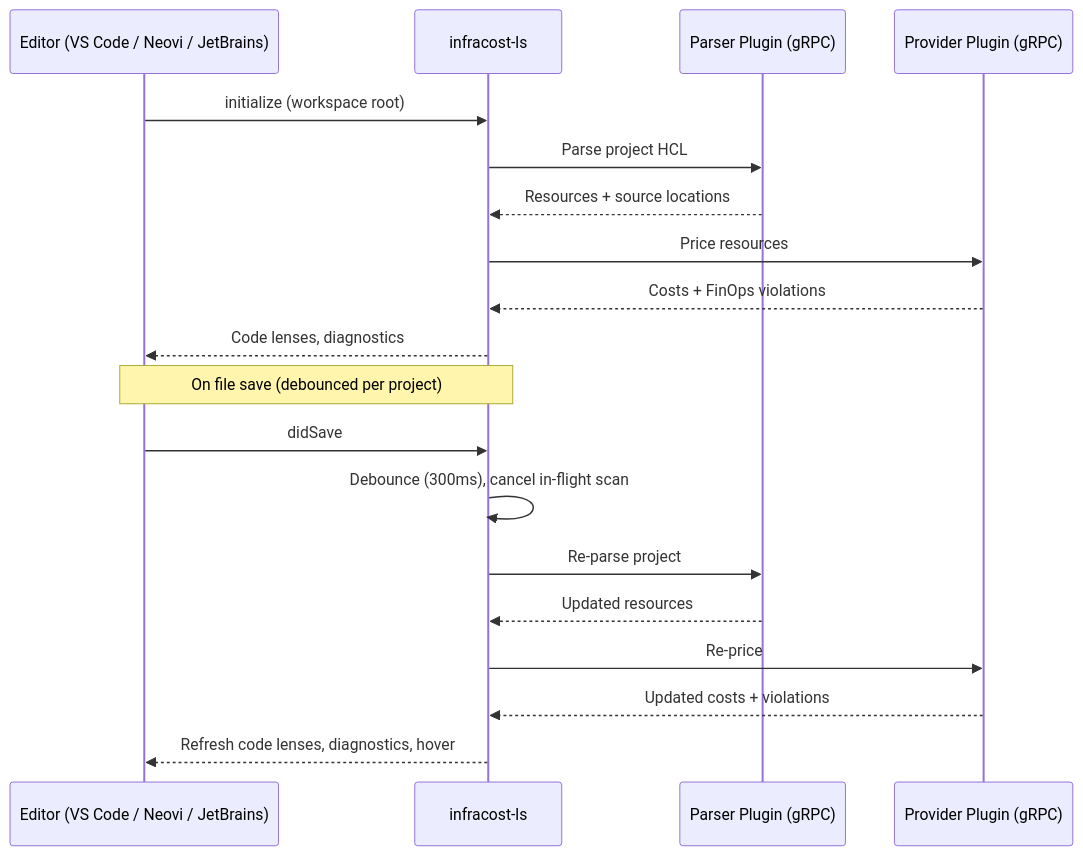
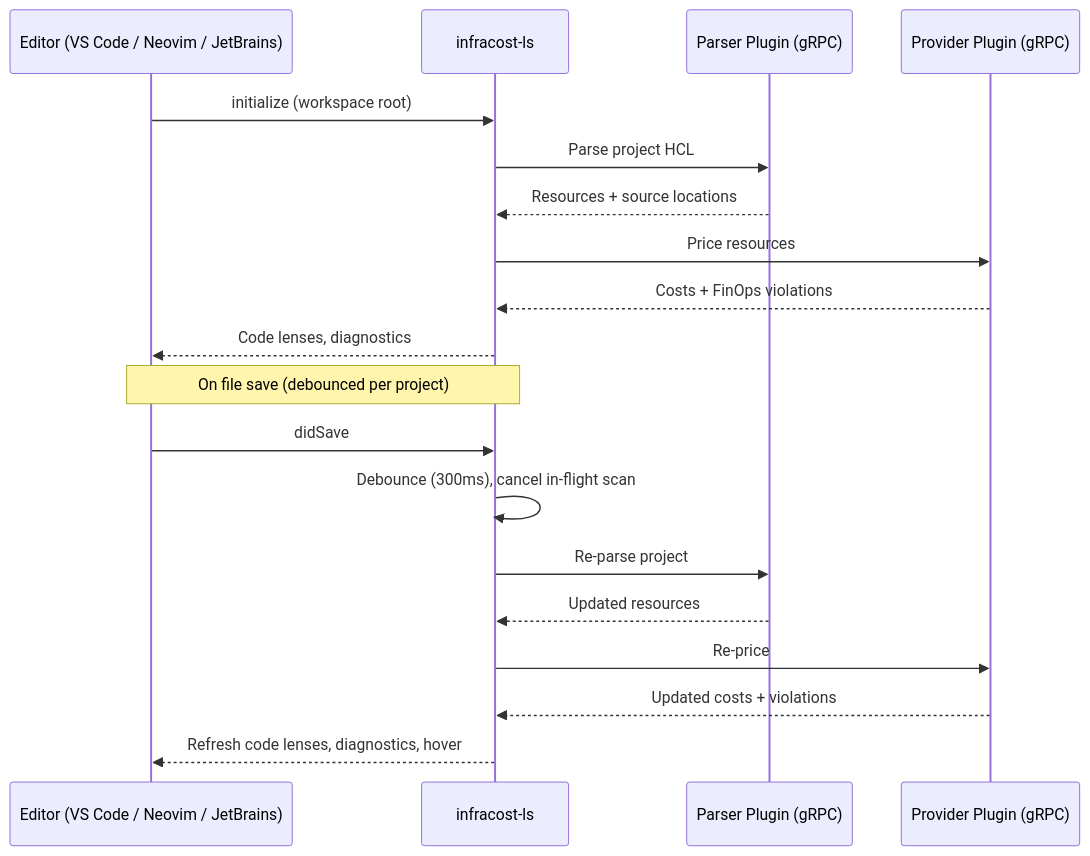
One commit to infracost/lsp changed the diagram in README.md. Above: the diagram before and after it, drawn with Mermaid. The commit also changed other lines of this file and 27 other files, not shown here.

````diff
--- a/README.md
+++ b/README.md
@@ -92,23 +80,23 @@
 ```mermaid
 sequenceDiagram
-    participant Editor as Editor (VS Code / Neovi / JetBrains)
+    participant Editor as Editor (VS Code / Neovim / JetBrains)
     participant LSP as infracost-ls
     participant Parser as Parser Plugin (gRPC)
     participant Provider as Provider Plugin (gRPC)
 
     Editor->>LSP: initialize (workspace root)
     LSP->>Parser: Parse project HCL
     Parser-->>LSP: Resources + source locations
     LSP->>Provider: Price resources
     Provider-->>LSP: Costs + FinOps violations
     LSP-->>Editor: Code lenses, diagnostics
 
     Note over Editor,LSP: On file save (debounced per project)
     Editor->>LSP: didSave
     LSP->>LSP: Debounce (300ms), cancel in-flight scan
     LSP->>Parser: Re-parse project
     Parser-->>LSP: Updated resources
     LSP->>Provider: Re-price
     Provider-->>LSP: Updated costs + violations
     LSP-->>Editor: Refresh code lenses, diagnostics, hover
 ```
````
